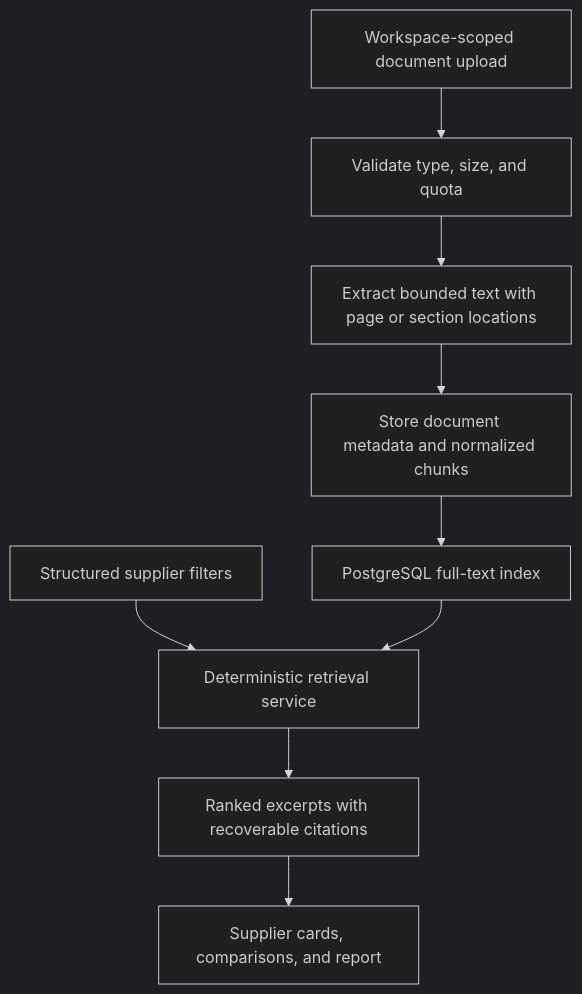
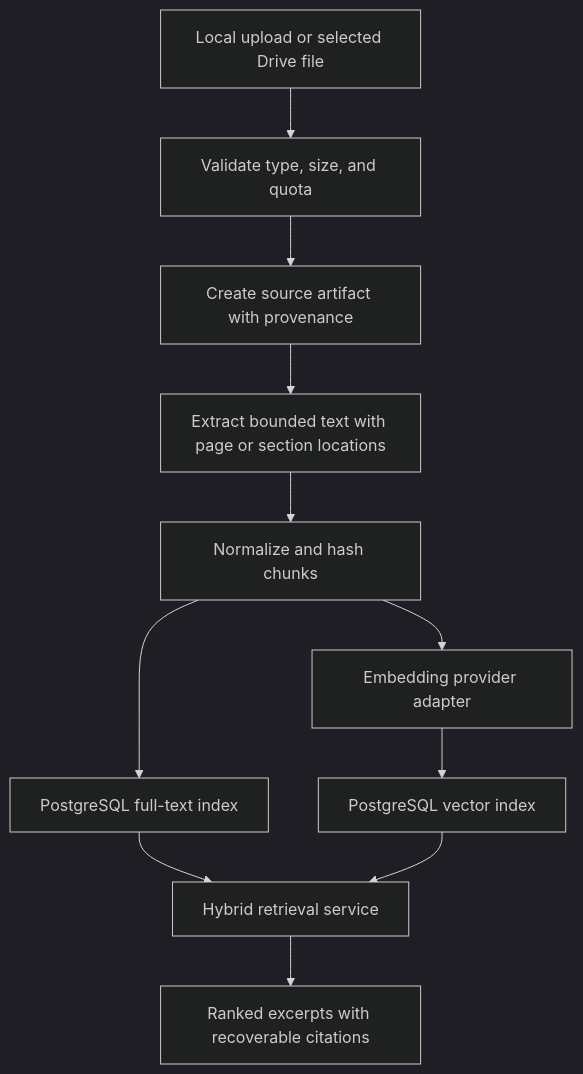
The first of 2 diagrams in docs/langchain.rag.workflow.md (davidpal3c/NZeroESG_Scope3), drawn with Mermaid (dark theme) before and after one commit. The commit also changed other lines of this file and 28 other files, not shown here.

````diff
--- a/docs/langchain.rag.workflow.md
+++ b/docs/langchain.rag.workflow.md
@@ -16,11 +35,13 @@
 ```mermaid
 flowchart TD
-    A[Workspace-scoped document upload] --> B[Validate type, size, and quota]
-    B --> C[Extract bounded text with page or section locations]
-    C --> D[Store document metadata and normalized chunks]
-    D --> E[PostgreSQL full-text index]
-    F[Structured supplier filters] --> G[Deterministic retrieval service]
-    E --> G
-    G --> H[Ranked excerpts with recoverable citations]
-    H --> I[Supplier cards, comparisons, and report]
+    A[Local upload or selected Drive file] --> B[Validate type, size, and quota]
+    B --> C[Create source artifact with provenance]
+    C --> D[Extract bounded text with page or section locations]
+    D --> E[Normalize and hash chunks]
+    E --> F[PostgreSQL full-text index]
+    E --> G[Embedding provider adapter]
+    G --> H[PostgreSQL vector index]
+    F --> I[Hybrid retrieval service]
+    H --> I
+    I --> J[Ranked excerpts with recoverable citations]
 ```
````
